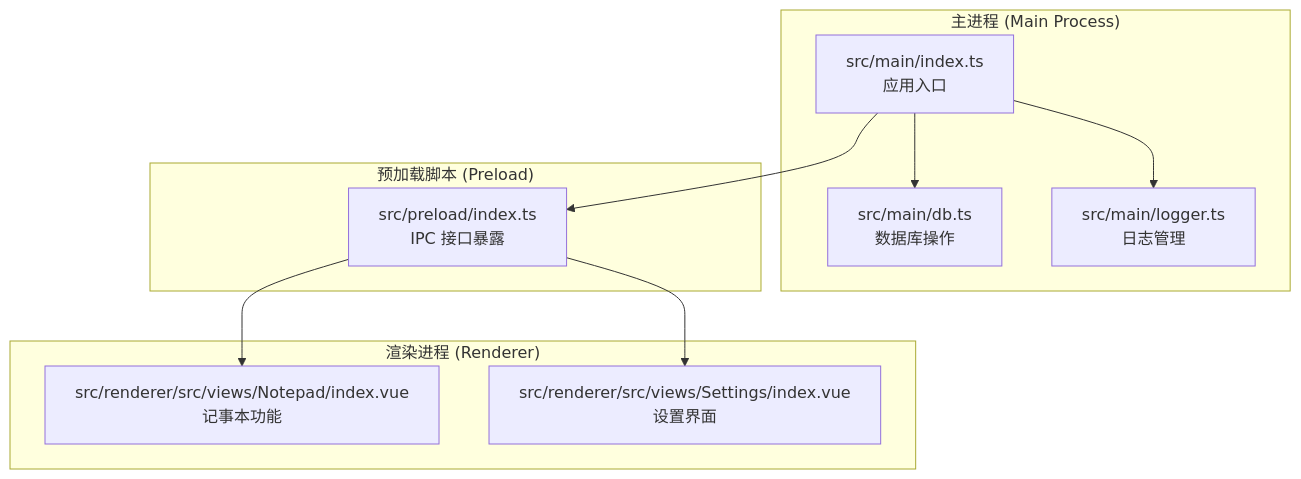
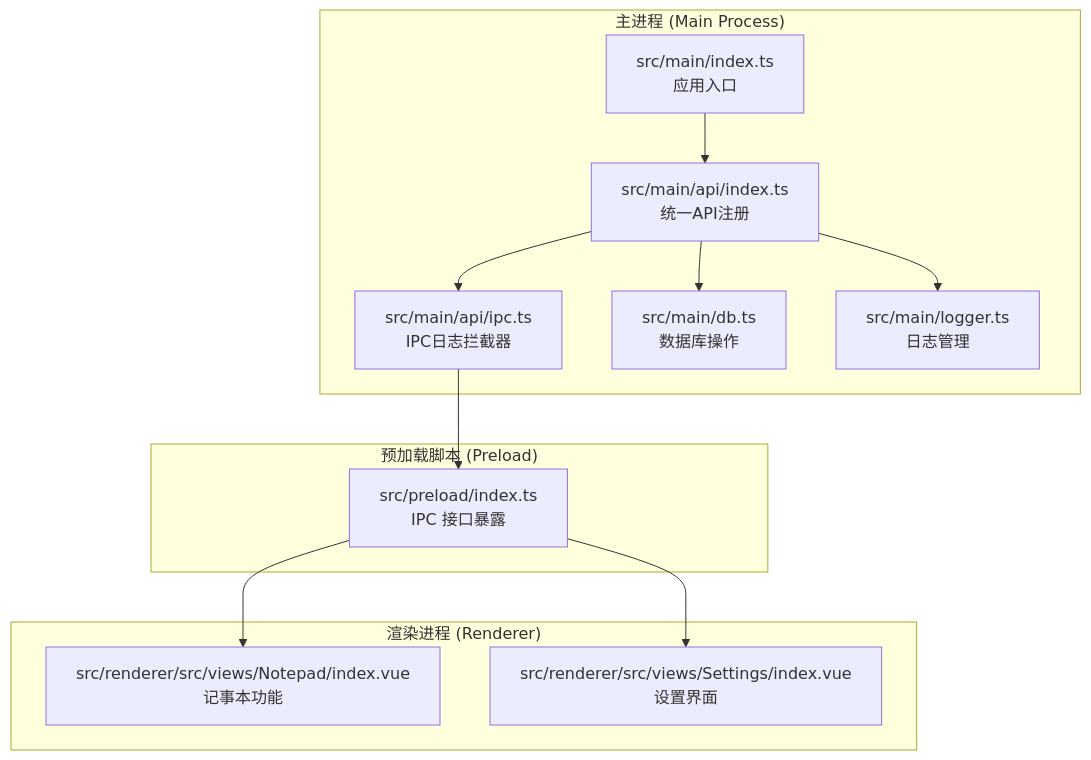
Before and after one commit to qgyd/AI-electron: the first of 8 diagrams in .qoder/repowiki/zh/content/架构设计/IPC 通信机制.md, drawn with Mermaid. The commit also changed other lines of this file and 5 other files, not shown here.

````diff
--- a/.qoder/repowiki/zh/content/架构设计/IPC 通信机制.md
+++ b/.qoder/repowiki/zh/content/架构设计/IPC 通信机制.md
@@ -36,20 +36,24 @@
 ```mermaid
 graph TB
 subgraph "主进程 (Main Process)"
 A[src/main/index.ts<br/>应用入口]
+G[src/main/api/index.ts<br/>统一API注册]
+H[src/main/api/ipc.ts<br/>IPC日志拦截器]
 B[src/main/db.ts<br/>数据库操作]
 C[src/main/logger.ts<br/>日志管理]
 end
 subgraph "预加载脚本 (Preload)"
 D[src/preload/index.ts<br/>IPC 接口暴露]
 end
 subgraph "渲染进程 (Renderer)"
 E[src/renderer/src/views/Notepad/index.vue<br/>记事本功能]
 F[src/renderer/src/views/Settings/index.vue<br/>设置界面]
 end
-A --> D
+A --> G
+G --> H
+H --> D
 D --> E
 D --> F
-A --> B
-A --> C
+G --> B
+G --> C
 ```
````
